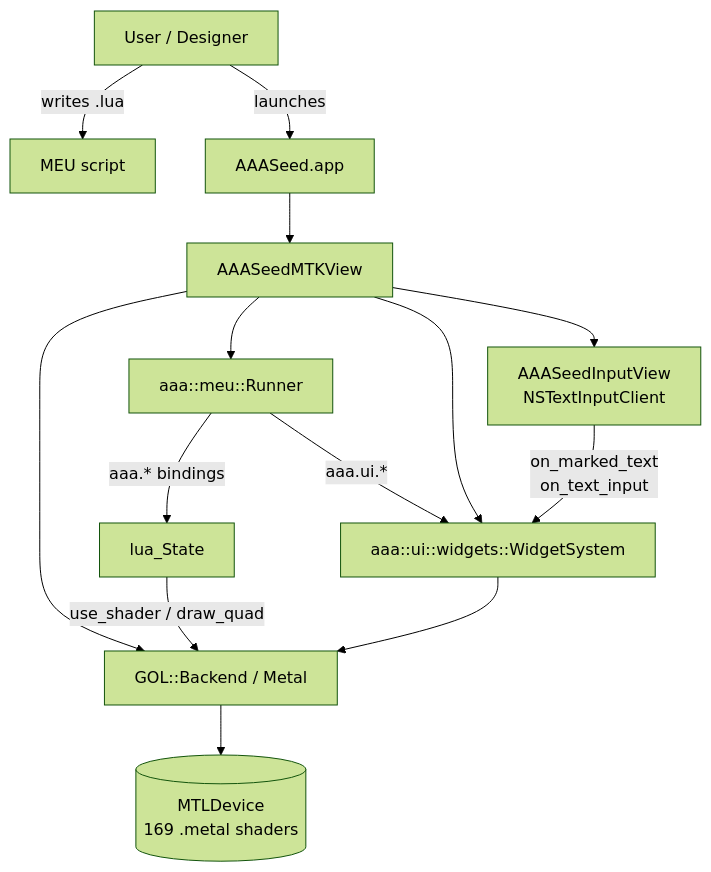
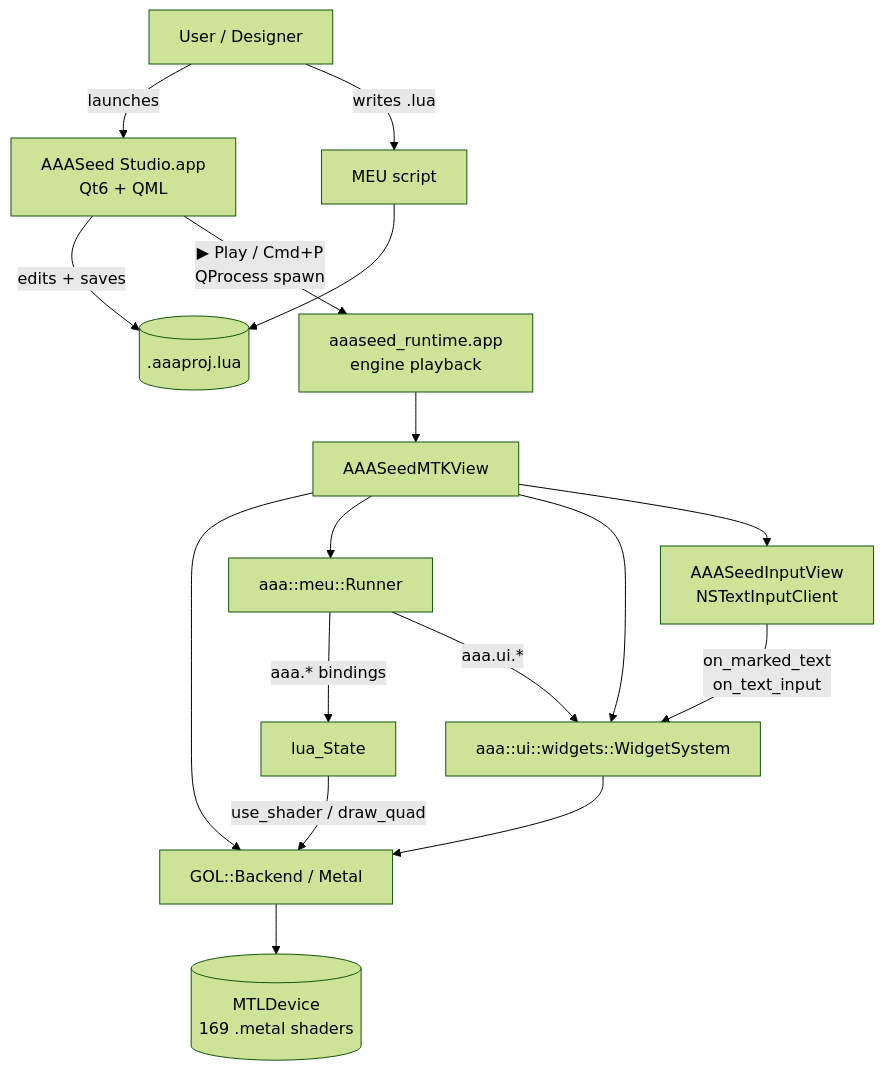
Before and after one commit to SeedeXR/aaaseed-for-mac: the diagram in docs/index.md, drawn with Mermaid (forest theme). The commit also changed other lines of this file and 10 other files, not shown here.

````diff
--- a/docs/index.md
+++ b/docs/index.md
@@ -52,16 +54,19 @@
 ```mermaid
 flowchart TD
-    User[User / Designer] -->|writes .lua| MEU[MEU script]
-    User -->|launches| App[AAASeed.app]
-    App --> View[AAASeedMTKView]
+    User[User / Designer] -->|launches| Studio[AAASeed Studio.app<br/>Qt6 + QML]
+    Studio -->|edits + saves| Proj[(.aaaproj.lua)]
+    Studio -->|▶ Play / Cmd+P<br/>QProcess spawn| Runtime[aaaseed_runtime.app<br/>engine playback]
+    User -->|writes .lua| MEU[MEU script]
+    MEU --> Proj
+    Runtime --> View[AAASeedMTKView]
     View --> Backend[GOL::Backend / Metal]
     View --> Runner[aaa::meu::Runner]
     View --> Widgets[aaa::ui::widgets::WidgetSystem]
     View --> InputView[AAASeedInputView<br/>NSTextInputClient]
     Runner -->|aaa.* bindings| Lua[lua_State]
     Lua -->|use_shader / draw_quad| Backend
     Runner -->|aaa.ui.*| Widgets
     Widgets --> Backend
     InputView -->|on_marked_text<br/>on_text_input| Widgets
     Backend --> Metal[(MTLDevice<br/>169 .metal shaders)]
 ```
````
